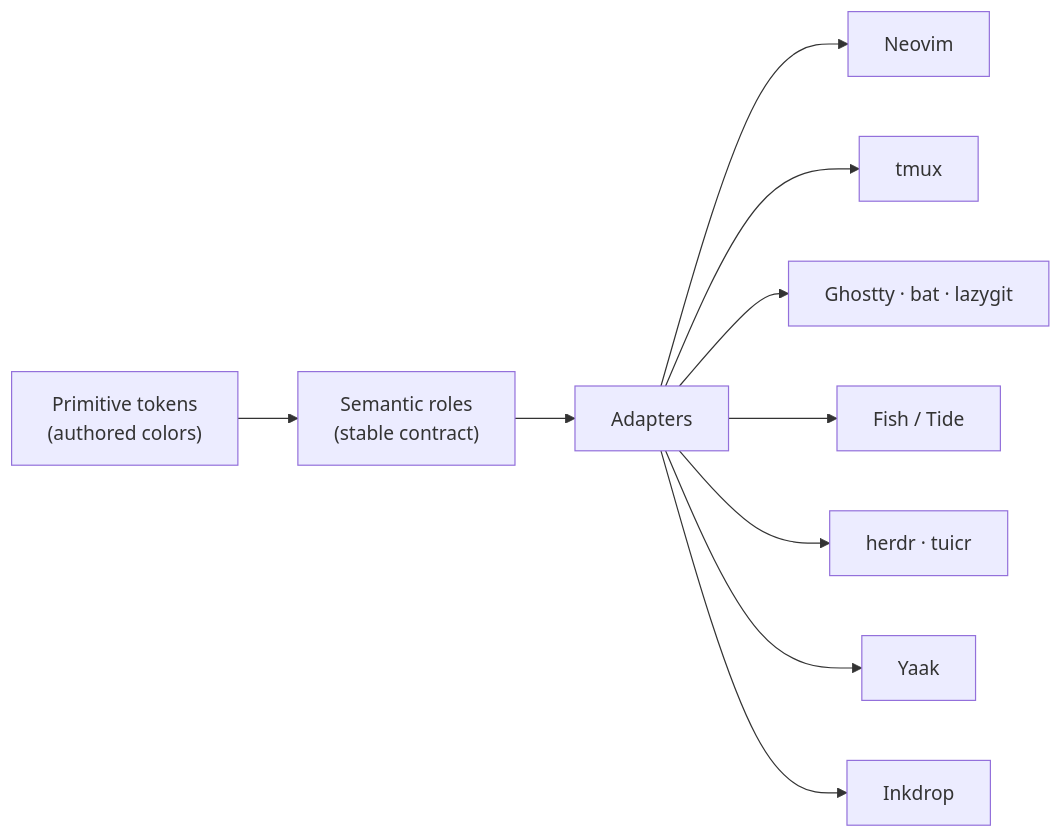
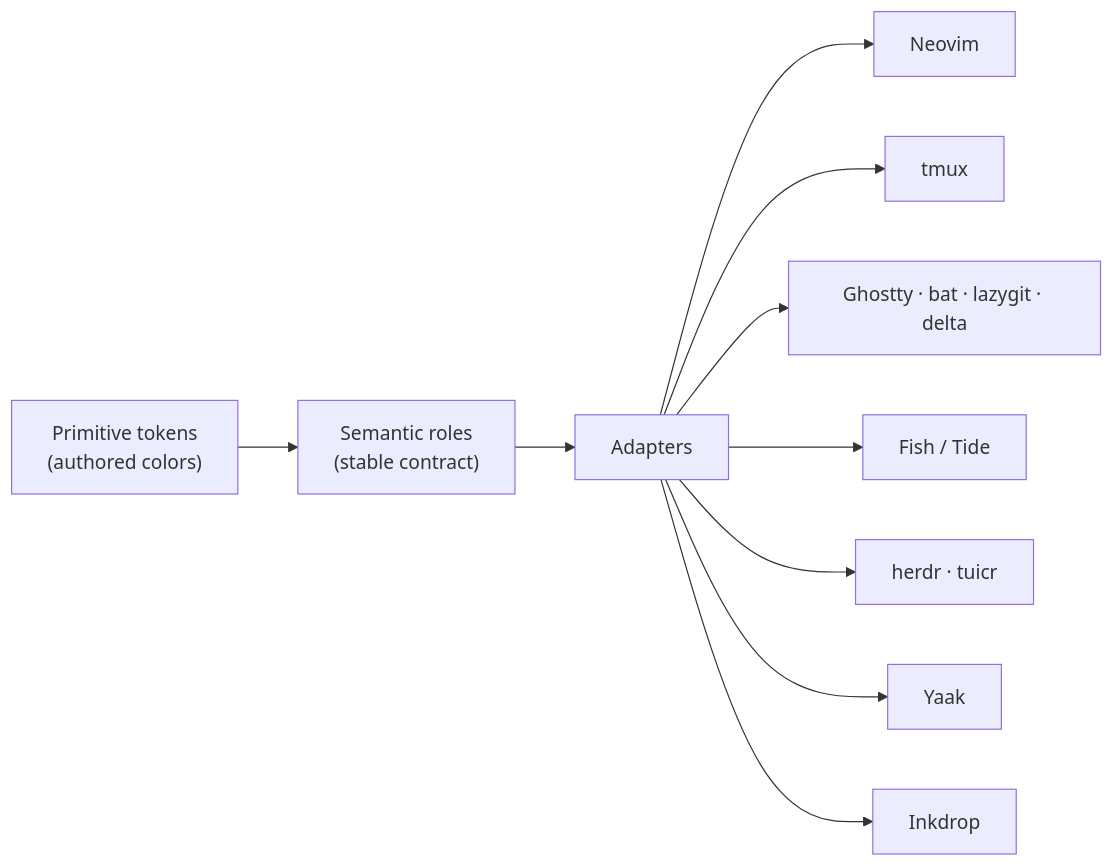
The diagram in README.md (crafts69guy/hue-theme), drawn with Mermaid before and after one commit. The commit also changed other lines of this file and 11 other files, not shown here.

````diff
--- a/README.md
+++ b/README.md
@@ -49,12 +50,12 @@
 ```mermaid
 flowchart LR
     P["Primitive tokens<br/>(authored colors)"] --> S["Semantic roles<br/>(stable contract)"]
     S --> A["Adapters"]
     A --> N["Neovim"]
     A --> T["tmux"]
-    A --> G["Ghostty · bat · lazygit"]
+    A --> G["Ghostty · bat · lazygit · delta"]
     A --> F["Fish / Tide"]
     A --> H["herdr · tuicr"]
     A --> Y["Yaak"]
     A --> I["Inkdrop"]
 ```
````
